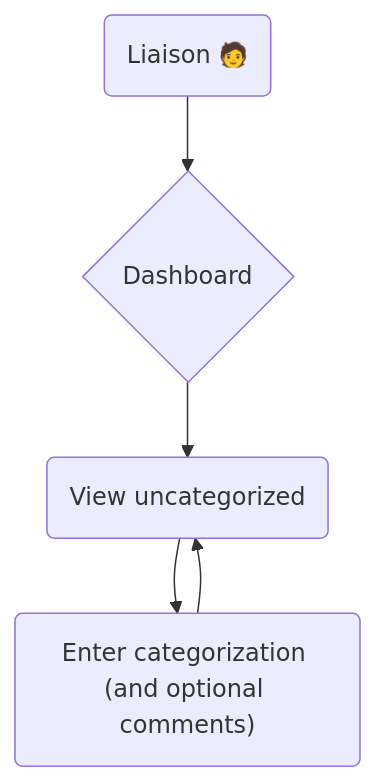
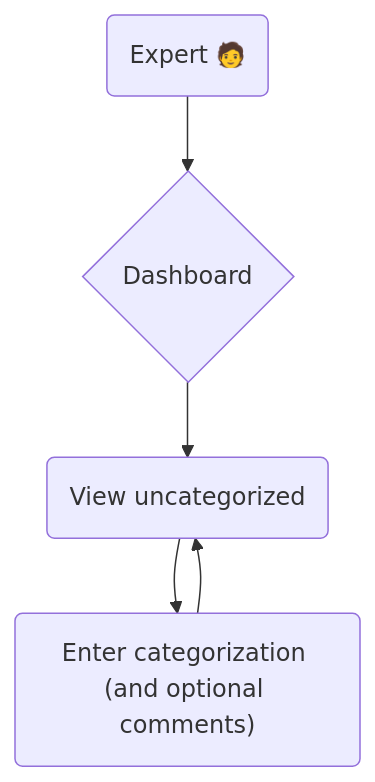
The first of 2 diagrams in docs/explanation/work-activity-analysis.md (MITLibraries/tacos), drawn with Mermaid before and after one commit. The commit also changed other lines of this file and 1 other file, not shown here.

Commit message:
Diagramming work prior to prototyping
Reword this...

tmp

best commit message evah

DO NOT MERGE: More verbose class diagram

The changes here are still workshopping how we want to handle the data
model - there isn't a single change that's being proposed yet.

Add validation to code approach diagram

````diff
--- a/docs/explanation/work-activity-analysis.md
+++ b/docs/explanation/work-activity-analysis.md
@@ -51,7 +51,7 @@
 ```mermaid
 graph TD
-  A("Liaison 🧑") --> C{Dashboard}
+  A("Expert 🧑") --> C{Dashboard}
   C --> E(View uncategorized)
   G --> E
   E --> G("Enter categorization (and optional comments)")
 ```
````
